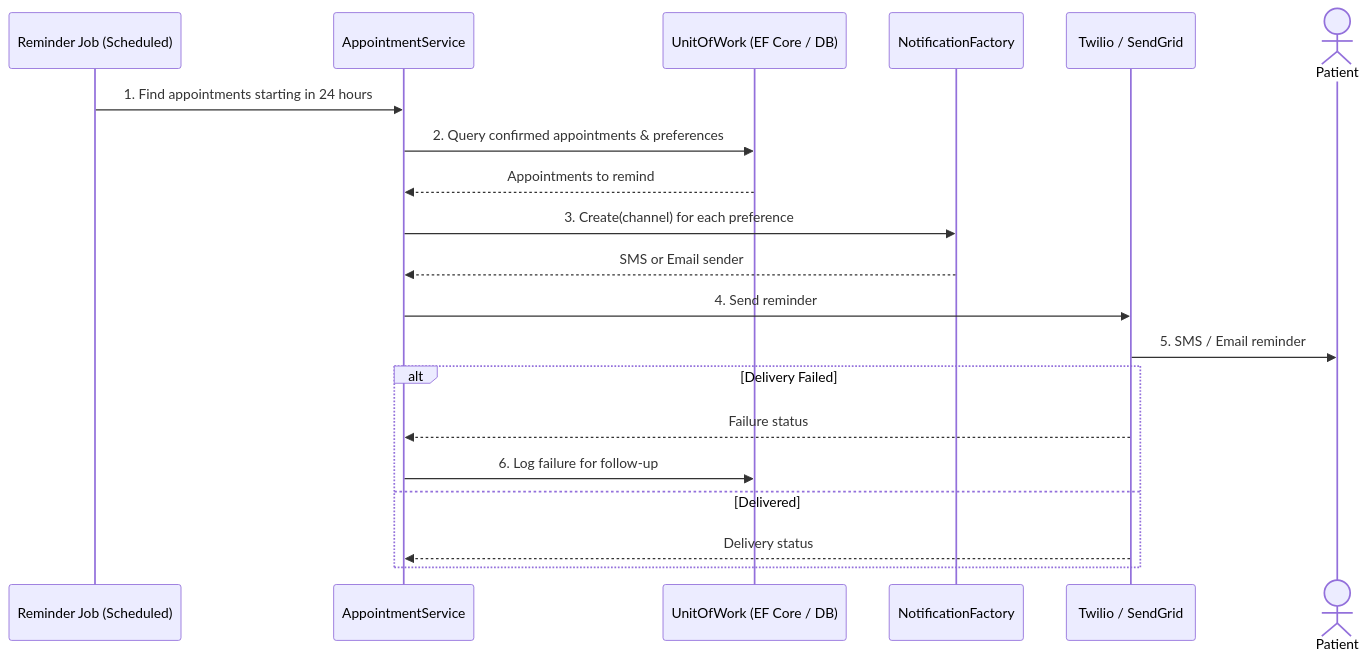
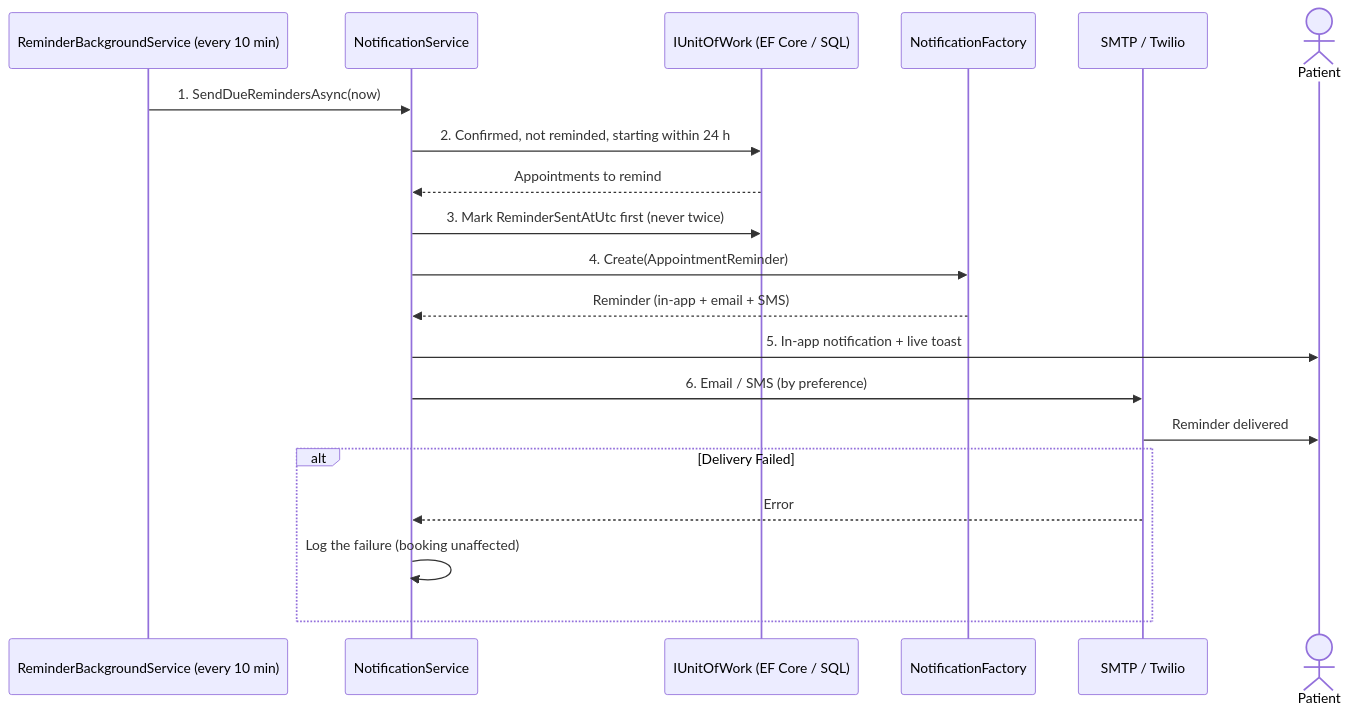
One commit to 3mrNasser/Medi-Care-Clinic-Management-Project-R5 changed the fourth of 9 diagrams in mdFiles/4.3 Data Flow and System Behavior.md. Above: the diagram before and after it, drawn with Mermaid. The commit also changed other lines of this file and 18 other files, not shown here.

````diff
--- a/mdFiles/4.3 Data Flow and System Behavior.md
+++ b/mdFiles/4.3 Data Flow and System Behavior.md
@@ -103,23 +115,23 @@
 ```mermaid
 sequenceDiagram
-    participant Job as Reminder Job (Scheduled)
-    participant Svc as AppointmentService
-    participant UoW as UnitOfWork (EF Core / DB)
+    participant Job as ReminderBackgroundService (every 10 min)
+    participant Notif as NotificationService
+    participant UoW as IUnitOfWork (EF Core / SQL)
     participant Fact as NotificationFactory
-    participant Ext as Twilio / SendGrid
+    participant Ext as SMTP / Twilio
     actor Patient
 
-    Job->>Svc: 1. Find appointments starting in 24 hours
-    Svc->>UoW: 2. Query confirmed appointments & preferences
-    UoW-->>Svc: Appointments to remind
-    Svc->>Fact: 3. Create(channel) for each preference
-    Fact-->>Svc: SMS or Email sender
-    Svc->>Ext: 4. Send reminder
-    Ext->>Patient: 5. SMS / Email reminder
+    Job->>Notif: 1. SendDueRemindersAsync(now)
+    Notif->>UoW: 2. Confirmed, not reminded, starting within 24 h
+    UoW-->>Notif: Appointments to remind
+    Notif->>UoW: 3. Mark ReminderSentAtUtc first (never twice)
+    Notif->>Fact: 4. Create(AppointmentReminder)
+    Fact-->>Notif: Reminder (in-app + email + SMS)
+    Notif->>Patient: 5. In-app notification + live toast
+    Notif->>Ext: 6. Email / SMS (by preference)
+    Ext->>Patient: Reminder delivered
     alt Delivery Failed
-        Ext-->>Svc: Failure status
-        Svc->>UoW: 6. Log failure for follow-up
-    else Delivered
-        Ext-->>Svc: Delivery status
+        Ext-->>Notif: Error
+        Notif->>Notif: Log the failure (booking unaffected)
     end
 ```
````
